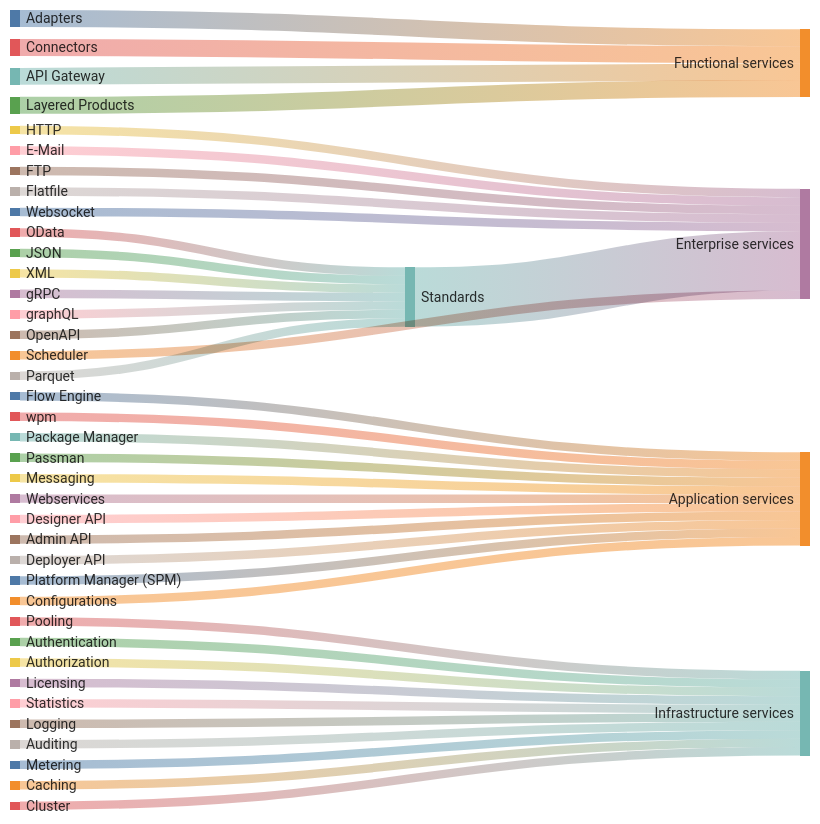
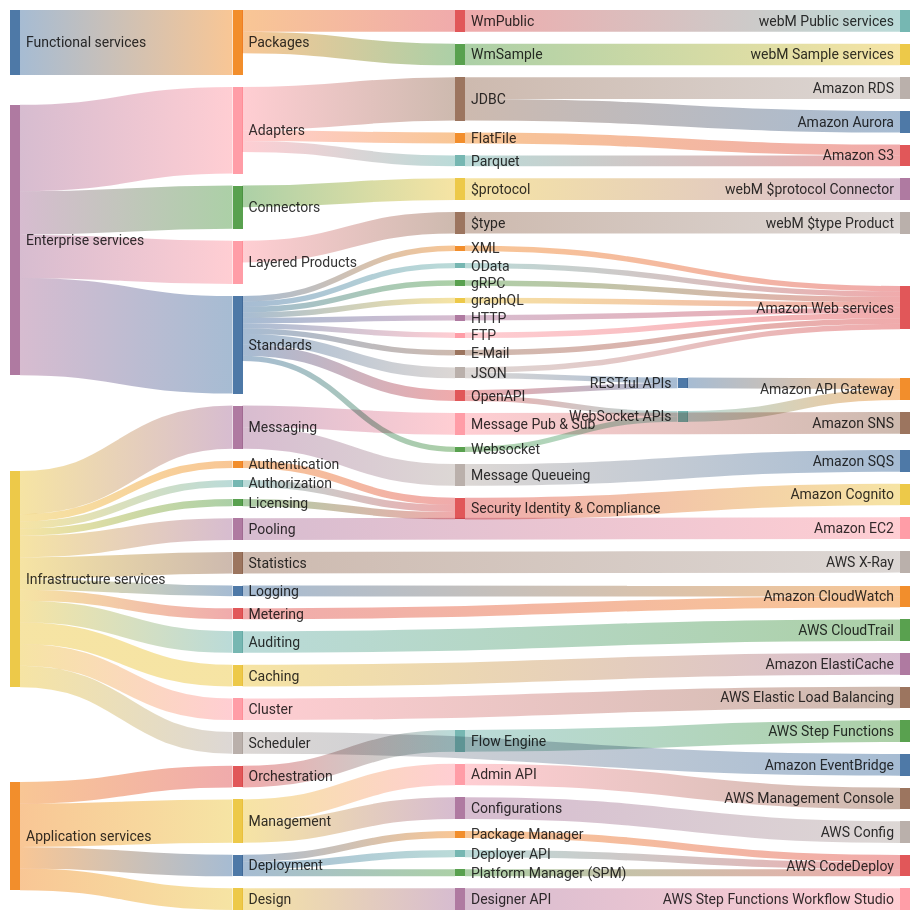
The diagram in app/src/doc/templates/microservicesBuildingBlocks.mmd (t-ibm/didymus), drawn with Mermaid before and after one commit.

Commit message:
Building blocks for Amazon cloud only Microservices

```diff
--- a/app/src/doc/templates/microservicesBuildingBlocks.mmd
+++ b/app/src/doc/templates/microservicesBuildingBlocks.mmd
@@ -1,48 +1,101 @@
 ---
 config:
   sankey:
-    width: 800
-    height: 800
+    width: 900
+    height: 900
     showValues: false
 ---
 sankey-beta
+Functional services,Packages,6
+Packages,WmPublic,2
+WmPublic,webM Public services,2
+Packages,WmSample,2
+WmSample,webM Sample services,2
 
-Adapters,Functional services,4
-Connectors,Functional services,4
-API Gateway,Functional services,4
-Layered Products,Functional services,4
-HTTP,Enterprise services,2
-E-Mail,Enterprise services,2
-FTP,Enterprise services,2
-Flatfile,Enterprise services,2
-Websocket,Enterprise services,2
-Scheduler,Enterprise services,2
-OData,Standards,2
-JSON,Standards,2
-XML,Standards,2
-gRPC,Standards,2
-graphQL,Standards,2
-OpenAPI,Standards,2
-Parquet,Standards,2
-Standards,Enterprise services,14
-Flow Engine,Application services,2
-wpm,Application services,2
-Package Manager,Application services,2
-Passman,Application services,2
-Messaging,Application services,2
-Webservices,Application services,2
-Designer API,Application services,2
-Admin API,Application services,2
-Deployer API,Application services,2
-Platform Manager (SPM),Application services,2
-Configurations,Application services,2
-Pooling,Infrastructure services,2
-Authentication,Infrastructure services,2
-Authorization,Infrastructure services,2
-Licensing,Infrastructure services,2
-Statistics,Infrastructure services,2
-Logging,Infrastructure services,2
-Auditing,Infrastructure services,2
-Metering,Infrastructure services,2
-Caching,Infrastructure services,2
-Cluster,Infrastructure services,2
+Enterprise services,Adapters,8
+Adapters,JDBC,4
+JDBC,Amazon RDS,2
+JDBC,Amazon Aurora,2
+Adapters,FlatFile,1
+FlatFile,Amazon S3,1
+Adapters,Parquet,1
+Parquet,Amazon S3,1
+Enterprise services,Connectors,4
+Connectors,"$protocol",2
+"$protocol","webM $protocol Connector",2
+Enterprise services,Layered Products,4
+Layered Products,"$type",2
+"$type","webM $type Product",2
+Enterprise services,Standards,9
+Standards,XML,0.5
+XML,Amazon Web services,0.5
+Standards,OData,0.5
+OData,Amazon Web services,0.5
+Standards,gRPC,0.5
+gRPC,Amazon Web services,0.5
+Standards,graphQL,0.5
+graphQL,Amazon Web services,0.5
+Standards,HTTP,0.5
+HTTP,Amazon Web services,0.5
+Standards,FTP,0.5
+FTP,Amazon Web services,0.5
+Standards,E-Mail,0.5
+E-Mail,Amazon Web services,0.5
+Standards,JSON,1
+JSON,Amazon Web services,0.5
+JSON,RESTful APIs,0.5
+RESTful APIs,Amazon API Gateway,1
+Standards,OpenAPI,1
+OpenAPI,RESTful APIs,0.5
+OpenAPI,WebSocket APIs,0.5
+Standards,Websocket,0.5
+Websocket,WebSocket APIs,0.5
+WebSocket APIs,Amazon API Gateway,1
+
+Infrastructure services,Messaging,4
+Messaging,Message Pub & Sub,2
+Message Pub & Sub,Amazon SNS,2
+Messaging,Message Queueing,2
+Message Queueing,Amazon SQS,2
+Infrastructure services,Authentication,0.66
+Authentication,Security Identity & Compliance,0.66
+Infrastructure services,Authorization,0.66
+Authorization,Security Identity & Compliance,0.66
+Infrastructure services,Licensing,0.66
+Licensing,Security Identity & Compliance,0.66
+Security Identity & Compliance,Amazon Cognito,2
+Infrastructure services,Pooling,2
+Pooling,Amazon EC2,2
+Infrastructure services,Statistics,2
+Statistics,AWS X-Ray,2
+Infrastructure services,Logging,1
+Logging,Amazon CloudWatch,1
+Infrastructure services,Metering,1
+Metering,Amazon CloudWatch,1
+Infrastructure services,Auditing,2
+Auditing,AWS CloudTrail,2
+Infrastructure services,Caching,2
+Caching,Amazon ElastiCache,2
+Infrastructure services,Cluster,2
+Cluster,AWS Elastic Load Balancing,2
+Infrastructure services,Scheduler,2
+Scheduler,Amazon EventBridge,2
+
+Application services,Orchestration,2
+Orchestration,Flow Engine,2
+Flow Engine,AWS Step Functions,2
+Application services,Management,4
+Management,Configurations,2
+Management,Admin API,2
+Admin API,AWS Management Console,2
+Configurations,AWS Config,2
+Application services,Deployment,2
+Deployment,Package Manager,0.66
+Package Manager,AWS CodeDeploy,0.66
+Deployment,Deployer API,0.66
+Deployer API,AWS CodeDeploy,0.66
+Deployment,Platform Manager (SPM),0.66
+Platform Manager (SPM),AWS CodeDeploy,0.66
+Application services,Design,2
+Design,Designer API,2
+Designer API,AWS Step Functions Workflow Studio,2
```
